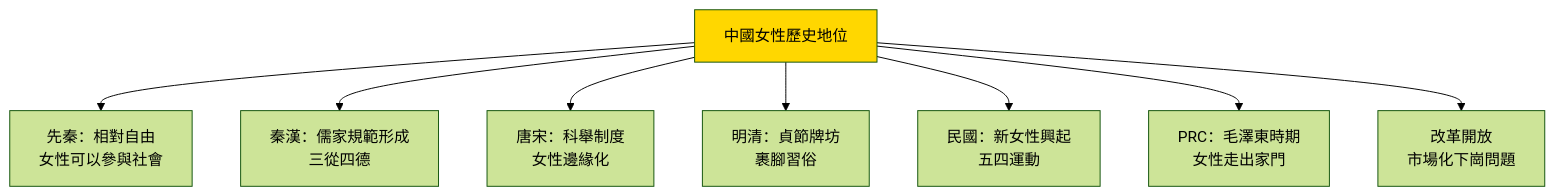
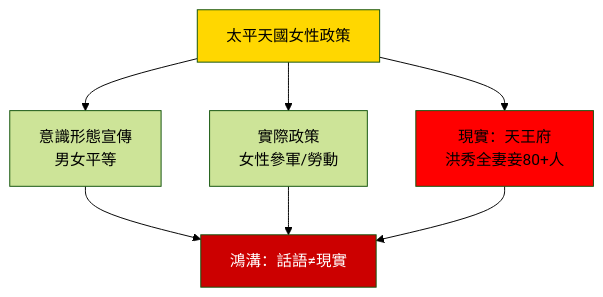
The third of 5 diagrams in 01_HKU_Courses/HIST2143_Love_and_loyalty_Women_and_gender.md (yip-lgtm/HKU-Harvard-History-Self-Study), drawn with Mermaid (forest theme) before and after one commit. The commit also changed other lines of this file and 22 other files, not shown here.

````diff
--- a/01_HKU_Courses/HIST2143_Love_and_loyalty_Women_and_gender.md
+++ b/01_HKU_Courses/HIST2143_Love_and_loyalty_Women_and_gender.md
@@ -116,11 +291,14 @@
 ```mermaid
 graph TD
-    A["中國女性歷史地位"] --> B["先秦：相對自由<br/>女性可以參與社會"]
-    A --> C["秦漢：儒家規範形成<br/>三從四德"]
-    A --> D["唐宋：科舉制度<br/>女性邊緣化"]
-    A --> E["明清：貞節牌坊<br/>裹腳習俗"]
-    A --> F["民國：新女性興起<br/>五四運動"]
-    A --> G["PRC：毛澤東時期<br/>女性走出家門"]
-    A --> H["改革開放<br/>市場化下崗問題"]
+    A["太平天國女性政策"] --> B["意識形態宣傳<br/>男女平等"]
+    A --> C["實際政策<br/>女性參軍/勞動"]
+    A --> D["現實：天王府<br/>洪秀全妻妾80+人"]
+    
+    B --> E["鴻溝：話語≠現實"]
+    C --> E
+    D --> E
+    
     style A fill:#FFD700
+    style E fill:#c00,color:#fff
+    style D fill:#FF0000
 ```
````
